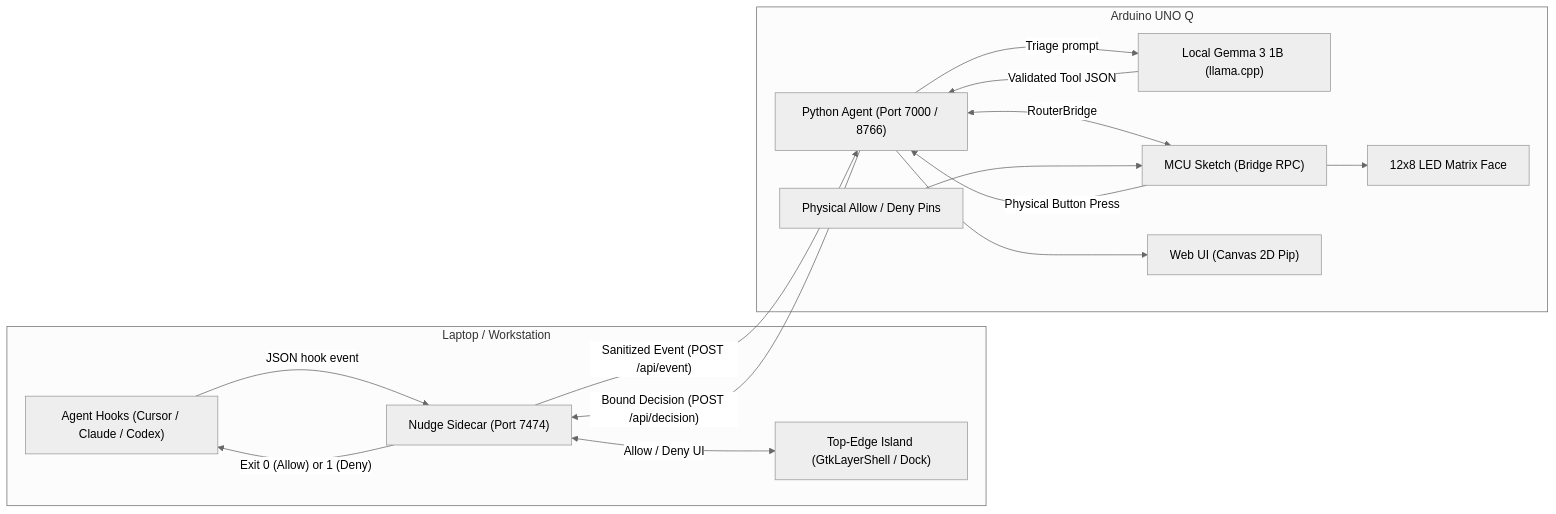
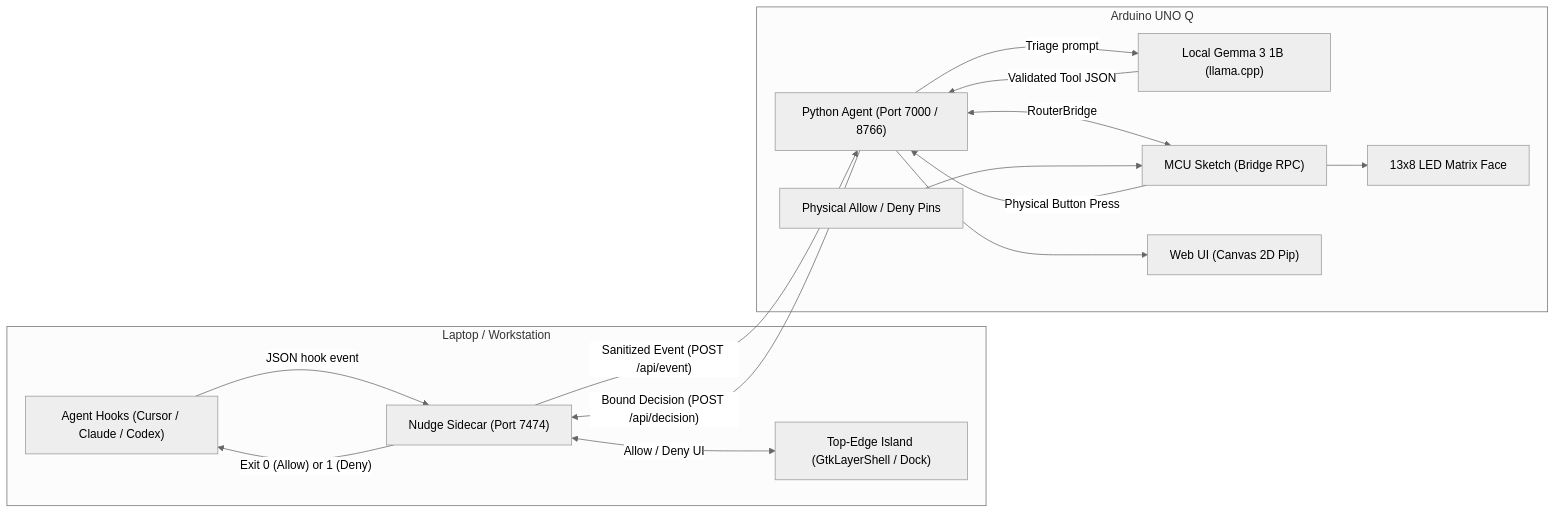
One commit to Adams-404/nudge changed the diagram in README.md. Above: the diagram before and after it, drawn with Mermaid (neutral theme). The commit also changed other lines of this file and 7 other files, not shown here.

First line of the commit message:
fix(sketch): resolve App Lab library deps and rewrite LED frames for UNO Q 8x13 matrix

````diff
--- a/README.md
+++ b/README.md
@@ -37,31 +37,31 @@
 ```mermaid
 flowchart LR
   subgraph laptop [Laptop / Workstation]
     Hooks["Agent Hooks (Cursor / Claude / Codex)"]
     Island["Top-Edge Island (GtkLayerShell / Dock)"]
     Sidecar["Nudge Sidecar (Port 7474)"]
     Hooks -->|"JSON hook event"| Sidecar
     Sidecar <-->|"Allow / Deny UI"| Island
   end
 
   subgraph board [Arduino UNO Q]
     Py["Python Agent (Port 7000 / 8766)"]
     Gemma["Local Gemma 3 1B (llama.cpp)"]
     MCU["MCU Sketch (Bridge RPC)"]
-    Matrix["12x8 LED Matrix Face"]
+    Matrix["13x8 LED Matrix Face"]
     Buttons["Physical Allow / Deny Pins"]
     Web["Web UI (Canvas 2D Pip)"]
 
     Py -->|"Triage prompt"| Gemma
     Gemma -->|"Validated Tool JSON"| Py
     Py <-->|"RouterBridge"| MCU
     MCU --> Matrix
     Buttons --> MCU
     Py --> Web
   end
 
   Sidecar -->|"Sanitized Event (POST /api/event)"| Py
   MCU -->|"Physical Button Press"| Py
   Py -->|"Bound Decision (POST /api/decision)"| Sidecar
   Sidecar -->|"Exit 0 (Allow) or 1 (Deny)"| Hooks
 ```
````
